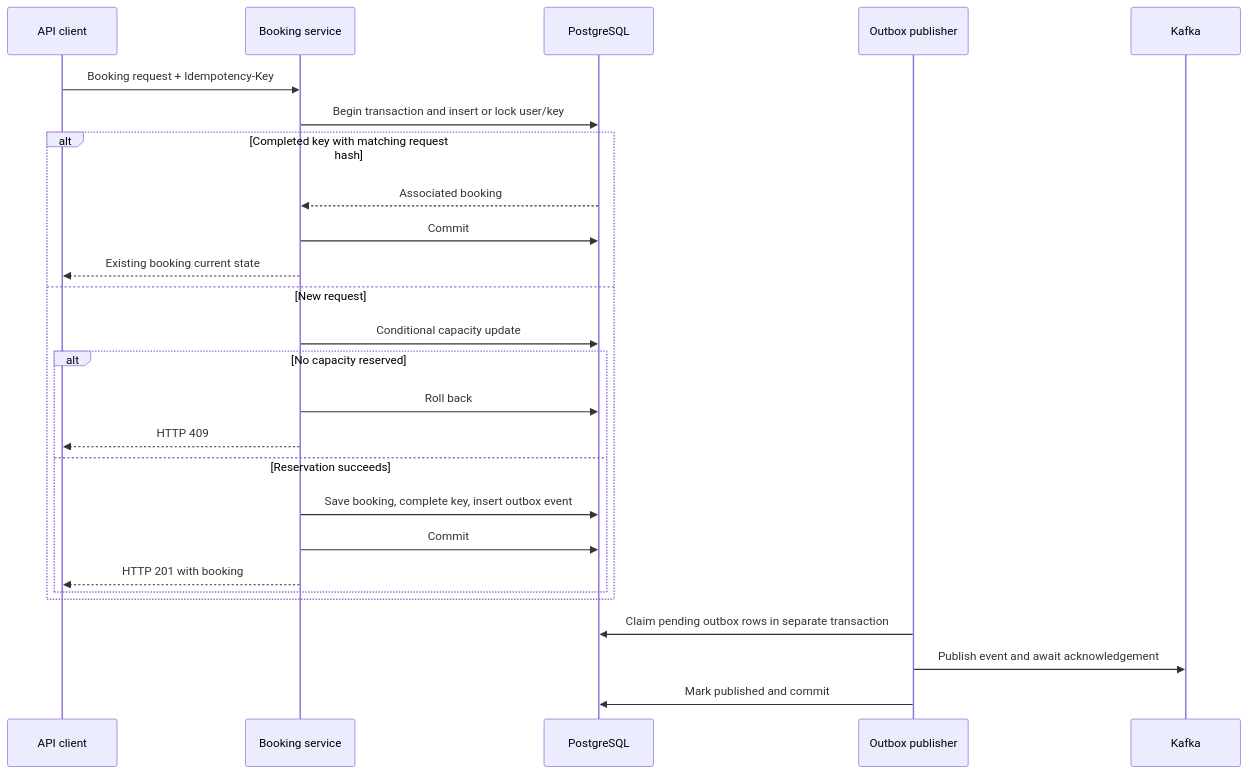
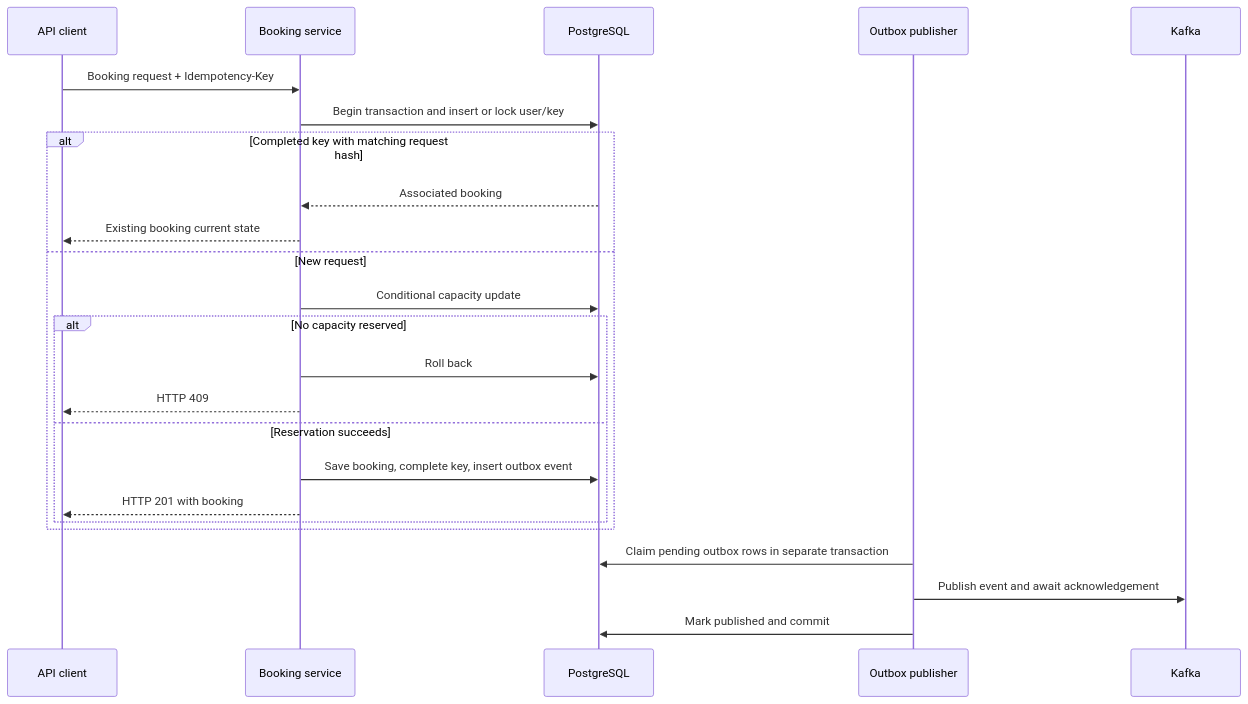
The second of 3 diagrams in README.md (Shashivardhan2710/Distributed_resource_booking_system), drawn with Mermaid before and after one commit. The commit also changed other lines of this file, not shown here.

````diff
--- a/README.md
+++ b/README.md
@@ -114,28 +73,26 @@
 ```mermaid
 sequenceDiagram
     participant C as API client
     participant A as Booking service
     participant D as PostgreSQL
     participant P as Outbox publisher
     participant K as Kafka
     C->>A: Booking request + Idempotency-Key
     A->>D: Begin transaction and insert or lock user/key
     alt Completed key with matching request hash
         D-->>A: Associated booking
-        A->>D: Commit
         A-->>C: Existing booking current state
     else New request
         A->>D: Conditional capacity update
         alt No capacity reserved
             A->>D: Roll back
             A-->>C: HTTP 409
         else Reservation succeeds
             A->>D: Save booking, complete key, insert outbox event
-            A->>D: Commit
             A-->>C: HTTP 201 with booking
         end
     end
     P->>D: Claim pending outbox rows in separate transaction
     P->>K: Publish event and await acknowledgement
     P->>D: Mark published and commit
 ```
````
